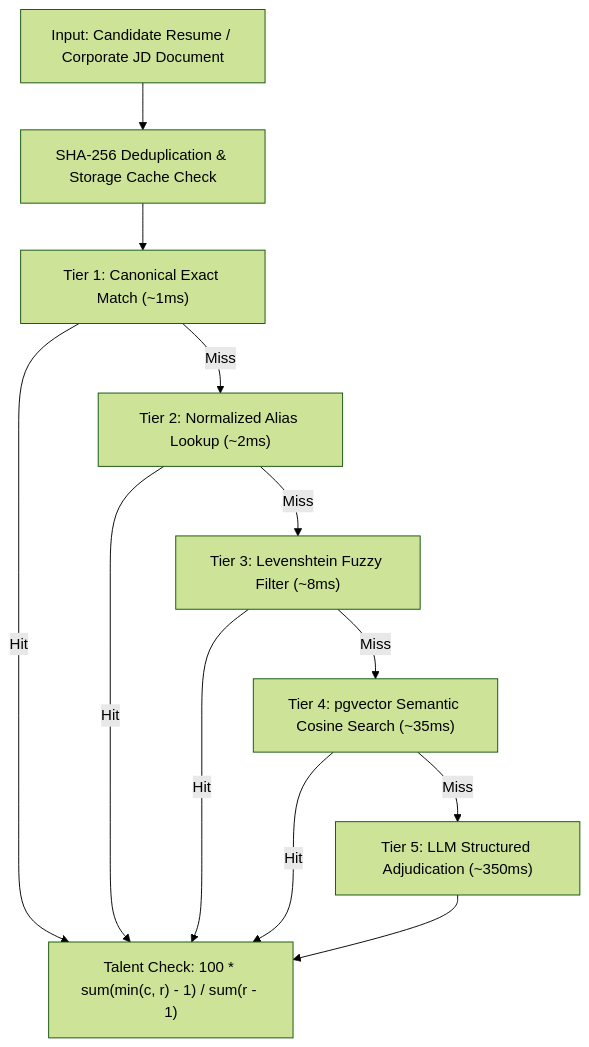
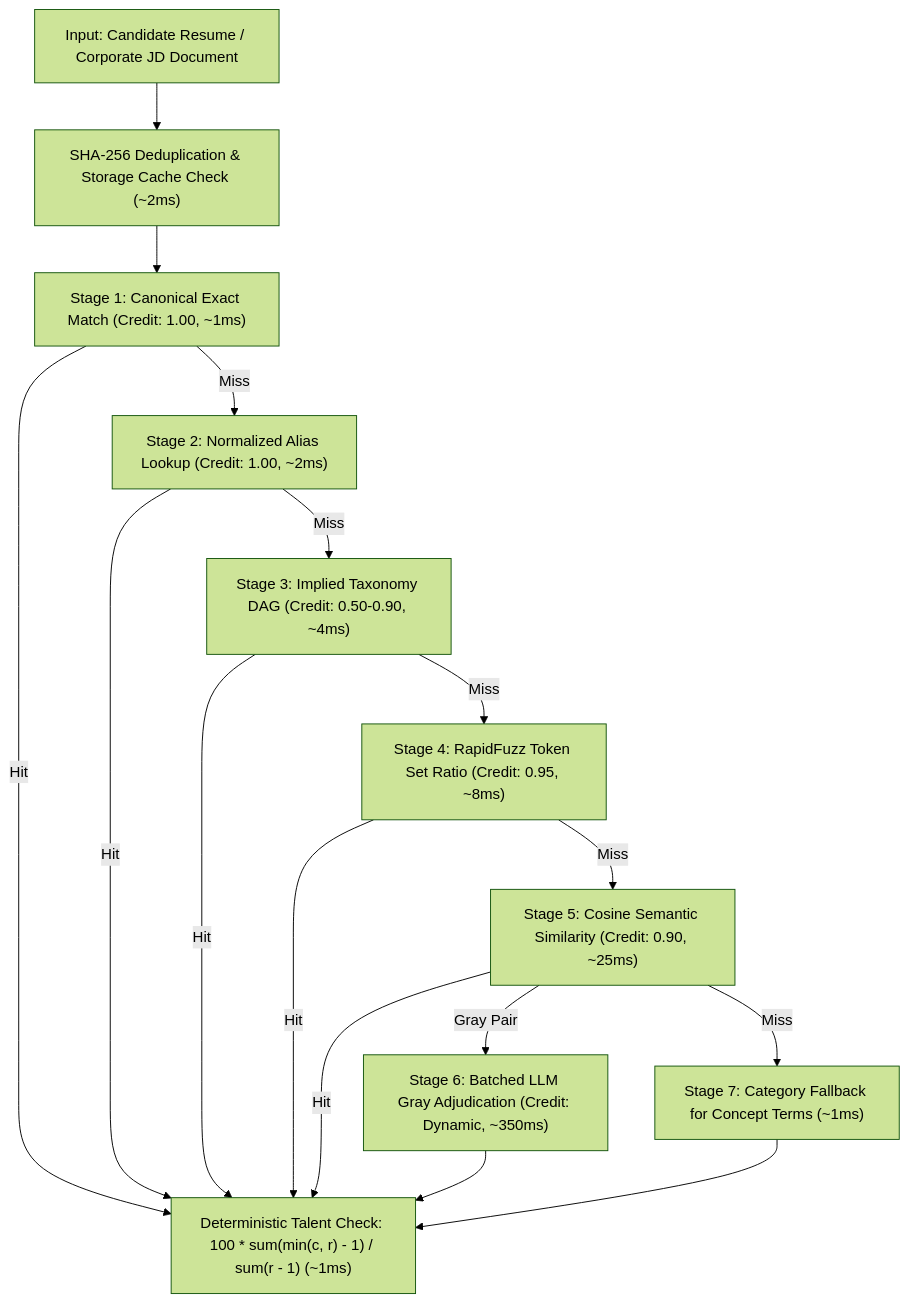
The first of 2 diagrams in README.md (Sahil-coder-30/Bootcamp), drawn with Mermaid (forest theme) before and after one commit. The commit also changed other lines of this file, not shown here.

Commit message:
docs: refresh root README (architecture, cascade, tests, env vars)

````diff
--- a/README.md
+++ b/README.md
@@ -57,23 +65,29 @@
 ```mermaid
 flowchart TD
     IN["Input: Candidate Resume / Corporate JD Document"]
-    SHA["SHA-256 Deduplication & Storage Cache Check"]
-    T1["Tier 1: Canonical Exact Match (~1ms)"]
-    T2["Tier 2: Normalized Alias Lookup (~2ms)"]
-    T3["Tier 3: Levenshtein Fuzzy Filter (~8ms)"]
-    T4["Tier 4: pgvector Semantic Cosine Search (~35ms)"]
-    T5["Tier 5: LLM Structured Adjudication (~350ms)"]
-    MATH["Talent Check: 100 * sum(min(c, r) - 1) / sum(r - 1)"]
+    SHA["SHA-256 Deduplication & Storage Cache Check (~2ms)"]
+    T1["Stage 1: Canonical Exact Match (Credit: 1.00, ~1ms)"]
+    T2["Stage 2: Normalized Alias Lookup (Credit: 1.00, ~2ms)"]
+    T3["Stage 3: Implied Taxonomy DAG (Credit: 0.50-0.90, ~4ms)"]
+    T4["Stage 4: RapidFuzz Token Set Ratio (Credit: 0.95, ~8ms)"]
+    T5["Stage 5: Cosine Semantic Similarity (Credit: 0.90, ~25ms)"]
+    T6["Stage 6: Batched LLM Gray Adjudication (Credit: Dynamic, ~350ms)"]
+    T7["Stage 7: Category Fallback for Concept Terms (~1ms)"]
+    MATH["Deterministic Talent Check: 100 * sum(min(c, r) - 1) / sum(r - 1) (~1ms)"]
 
     IN --> SHA
     SHA --> T1
     T1 -- "Hit" --> MATH
     T1 -- "Miss" --> T2
     T2 -- "Hit" --> MATH
     T2 -- "Miss" --> T3
     T3 -- "Hit" --> MATH
     T3 -- "Miss" --> T4
     T4 -- "Hit" --> MATH
     T4 -- "Miss" --> T5
-    T5 --> MATH
+    T5 -- "Hit" --> MATH
+    T5 -- "Gray Pair" --> T6
+    T6 --> MATH
+    T5 -- "Miss" --> T7
+    T7 --> MATH
 ```
````
